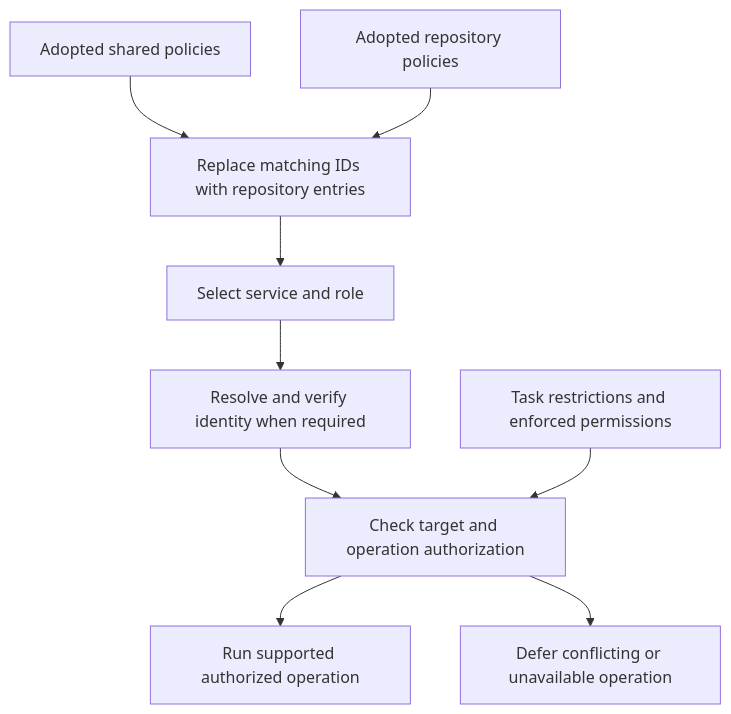
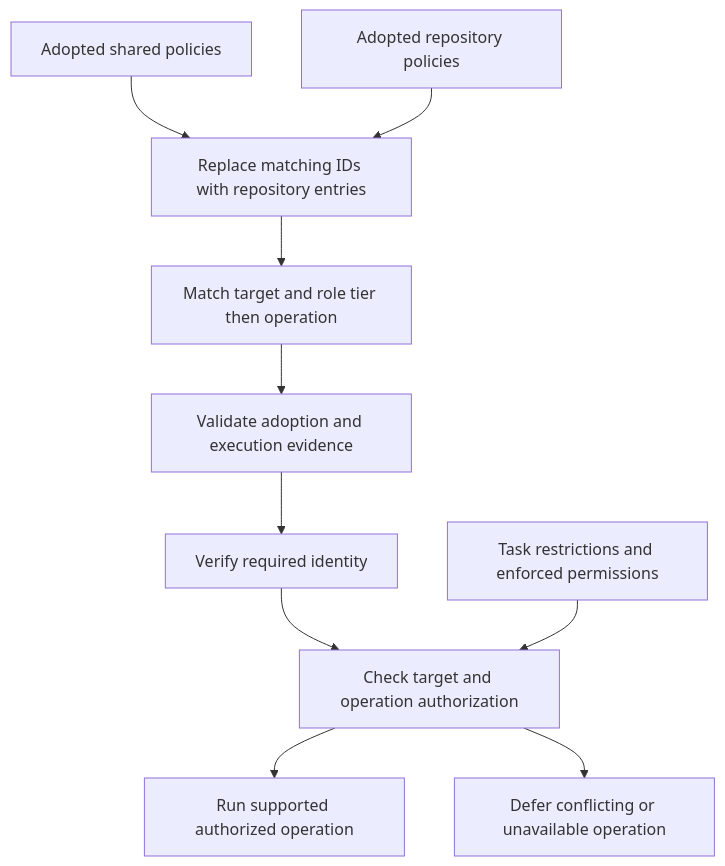
One commit to monster-cookie/venworks-agentkit changed the diagram in skills/agent-router/references/tooling-and-credentials.md. Above: the diagram before and after it, drawn with Mermaid. The commit also changed other lines of this file and 10 other files, not shown here.

Commit message:
Bind policy adoption and credential execution to reviewed evidence

````diff
--- a/skills/agent-router/references/tooling-and-credentials.md
+++ b/skills/agent-router/references/tooling-and-credentials.md
@@ -32,11 +34,12 @@
 ```mermaid
 flowchart TD
     Shared[Adopted shared policies] --> Resolve[Replace matching IDs with repository entries]
     Repo[Adopted repository policies] --> Resolve
-    Resolve --> Select[Select service and role]
-    Select --> Identity[Resolve and verify identity when required]
+    Resolve --> Select[Match target and role tier then operation]
+    Select --> Trust[Validate adoption and execution evidence]
+    Trust --> Identity[Verify required identity]
     Identity --> Scope[Check target and operation authorization]
     Task[Task restrictions and enforced permissions] --> Scope
     Scope --> Execute[Run supported authorized operation]
     Scope --> Block[Defer conflicting or unavailable operation]
 ```
````
